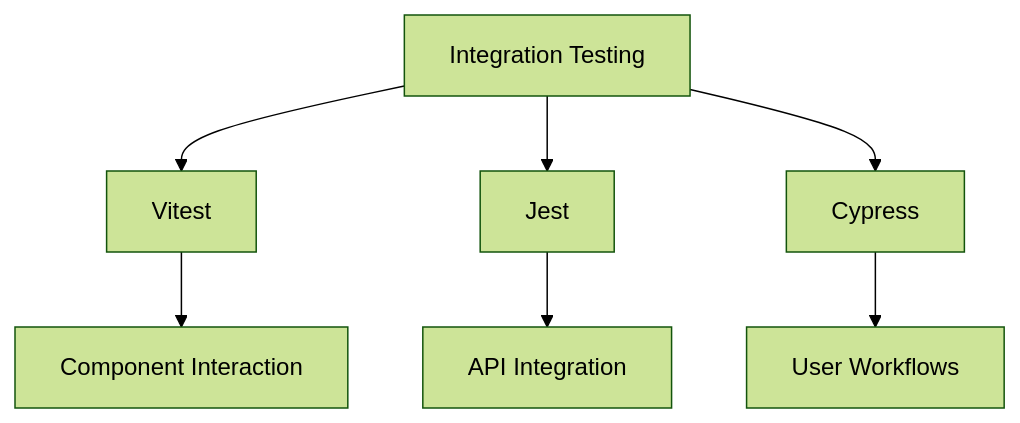
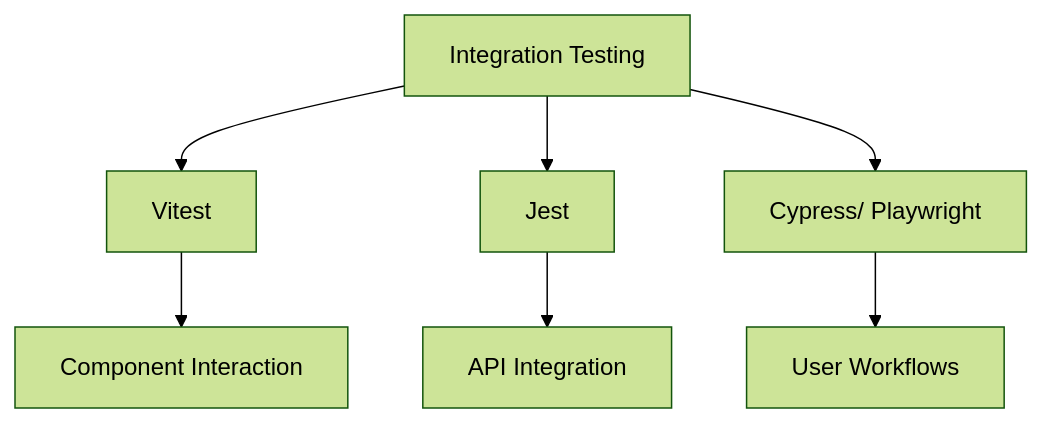
One commit to moonbuild/docusphere changed the second of 3 diagrams in docs/frontend/index.md. Above: the diagram before and after it, drawn with Mermaid (forest theme). The commit also changed other lines of this file and 6 other files, not shown here.

````diff
--- a/docs/frontend/index.md
+++ b/docs/frontend/index.md
@@ -166,9 +165,9 @@
   ```mermaid
   graph TD;
     A[Integration Testing] --> B[Vitest];
     A --> C[Jest];
-    A --> D[Cypress];
+    A --> D[Cypress/ Playwright];
     B --> E[Component Interaction];
     C --> F[API Integration];
     D --> G[User Workflows];
   ```
````
